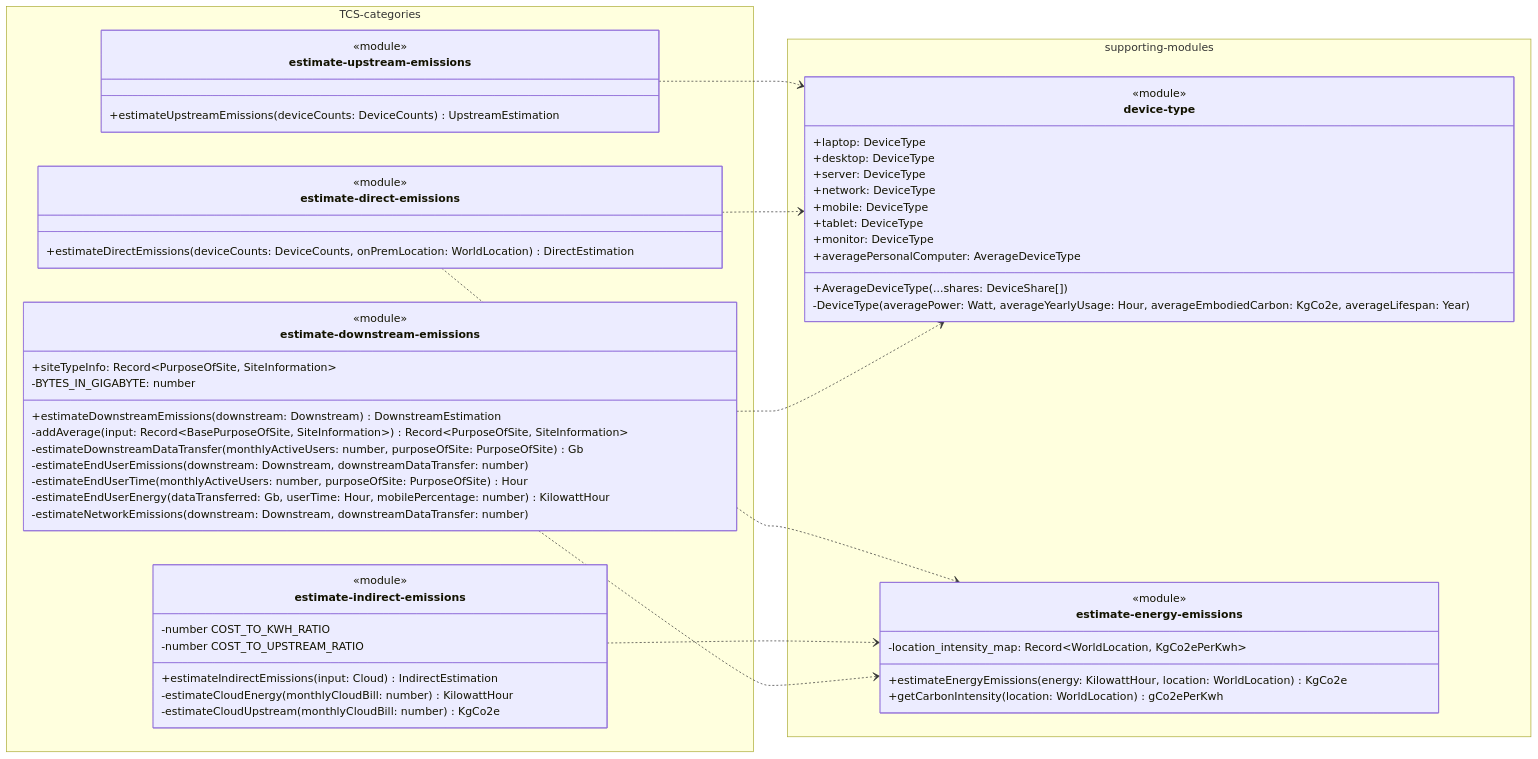
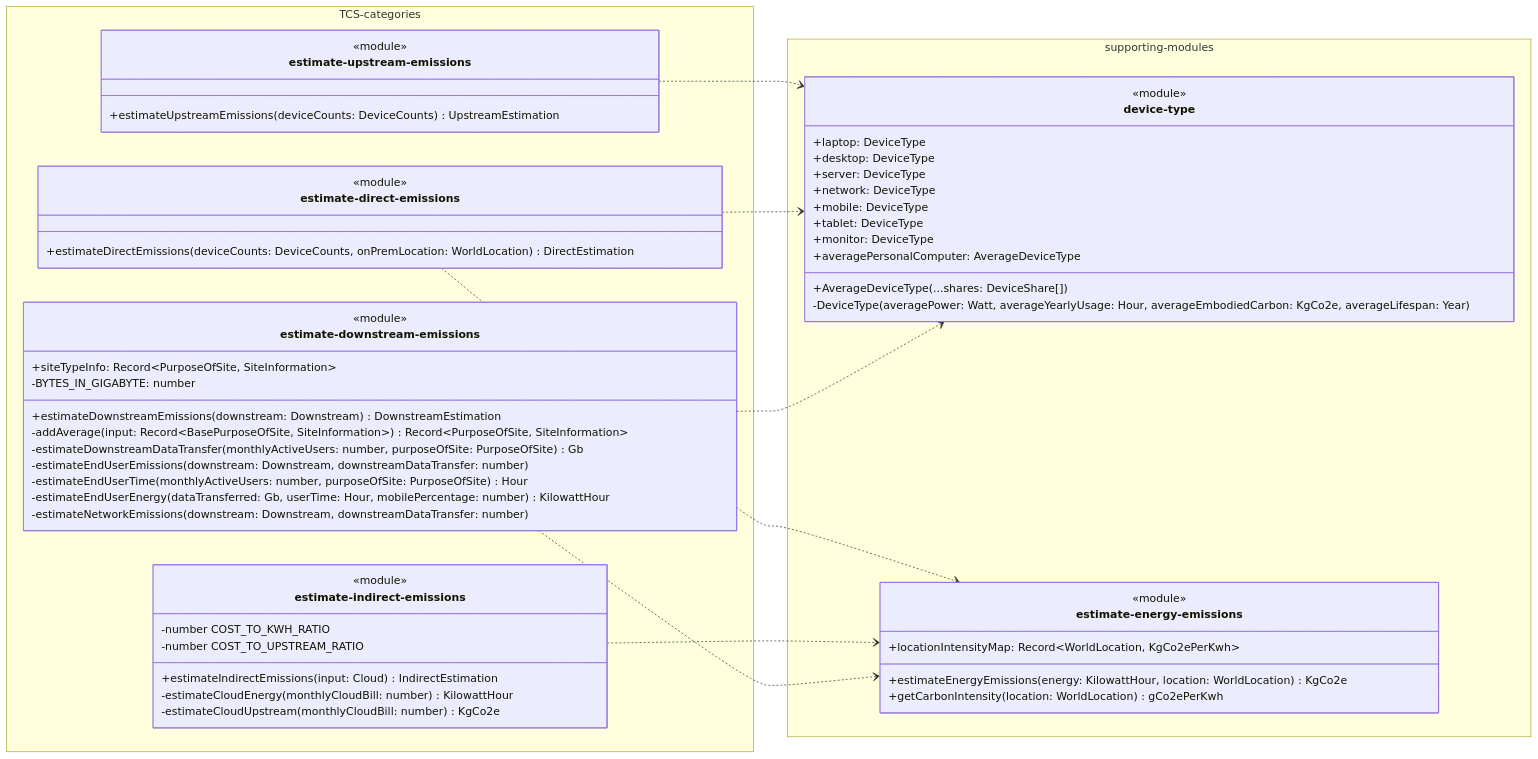
Before and after one commit to ScottLogic/sl-tech-carbon-estimator: the first of 3 diagrams in docs/estimation.md, drawn with Mermaid. The commit also changed other lines of this file and 1 other file, not shown here.

````diff
--- a/docs/estimation.md
+++ b/docs/estimation.md
@@ -5,67 +5,67 @@
 ```mermaid
 classDiagram
   direction LR
   namespace TCS-categories {
     class estimate-upstream-emissions{
       <<module>>
       +estimateUpstreamEmissions(deviceCounts: DeviceCounts) UpstreamEstimation
     }
 
     class estimate-direct-emissions{
       <<module>>
       +estimateDirectEmissions(deviceCounts: DeviceCounts, onPremLocation: WorldLocation) DirectEstimation
     }
 
     class estimate-indirect-emissions{
       <<module>>
       -number COST_TO_KWH_RATIO
       -number COST_TO_UPSTREAM_RATIO
       +estimateIndirectEmissions(input: Cloud) IndirectEstimation
       -estimateCloudEnergy(monthlyCloudBill: number) KilowattHour
       -estimateCloudUpstream(monthlyCloudBill: number) KgCo2e
     }
 
     class estimate-downstream-emissions{
       <<module>>
       +siteTypeInfo: Record~PurposeOfSite, SiteInformation~
       -BYTES_IN_GIGABYTE: number
       +estimateDownstreamEmissions(downstream: Downstream) DownstreamEstimation
       -addAverage(input: Record~BasePurposeOfSite, SiteInformation~) Record~PurposeOfSite, SiteInformation~
       -estimateDownstreamDataTransfer(monthlyActiveUsers: number, purposeOfSite: PurposeOfSite) Gb
       -estimateEndUserEmissions(downstream: Downstream, downstreamDataTransfer: number)
       -estimateEndUserTime(monthlyActiveUsers: number, purposeOfSite: PurposeOfSite) Hour
       -estimateEndUserEnergy(dataTransferred: Gb, userTime: Hour, mobilePercentage: number) KilowattHour 
       -estimateNetworkEmissions(downstream: Downstream, downstreamDataTransfer: number) 
     }
   }
 
   namespace supporting-modules{
     class device-type {
       <<module>>
       +laptop: DeviceType
       +desktop: DeviceType
       +server: DeviceType
       +network: DeviceType
       +mobile: DeviceType
       +tablet: DeviceType
       +monitor: DeviceType
       +averagePersonalComputer: AverageDeviceType
       +AverageDeviceType(...shares: DeviceShare[])
       -DeviceType(averagePower: Watt, averageYearlyUsage: Hour, averageEmbodiedCarbon: KgCo2e, averageLifespan: Year)
     }
 
     class estimate-energy-emissions {
       <<module>>
-      -location_intensity_map: Record~WorldLocation, KgCo2ePerKwh~
+      +locationIntensityMap: Record~WorldLocation, KgCo2ePerKwh~
       +estimateEnergyEmissions(energy: KilowattHour, location: WorldLocation) KgCo2e
       +getCarbonIntensity(location: WorldLocation) gCo2ePerKwh
     }
   }
 
   estimate-upstream-emissions ..> device-type
   estimate-direct-emissions ..> estimate-energy-emissions
   estimate-direct-emissions ..> device-type
   estimate-indirect-emissions ..> estimate-energy-emissions
   estimate-downstream-emissions ..> estimate-energy-emissions
   estimate-downstream-emissions ..> device-type
 ```
````
